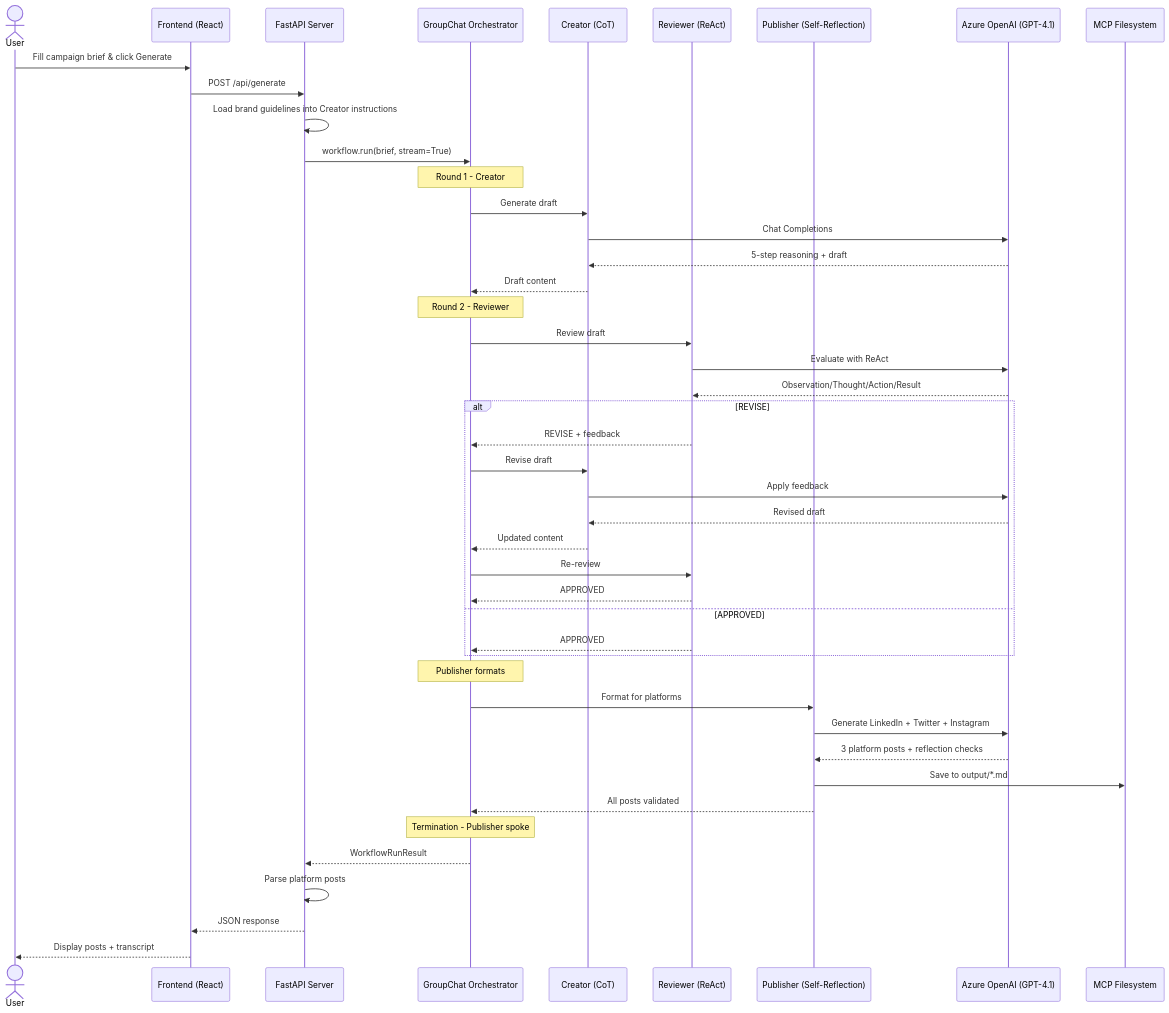
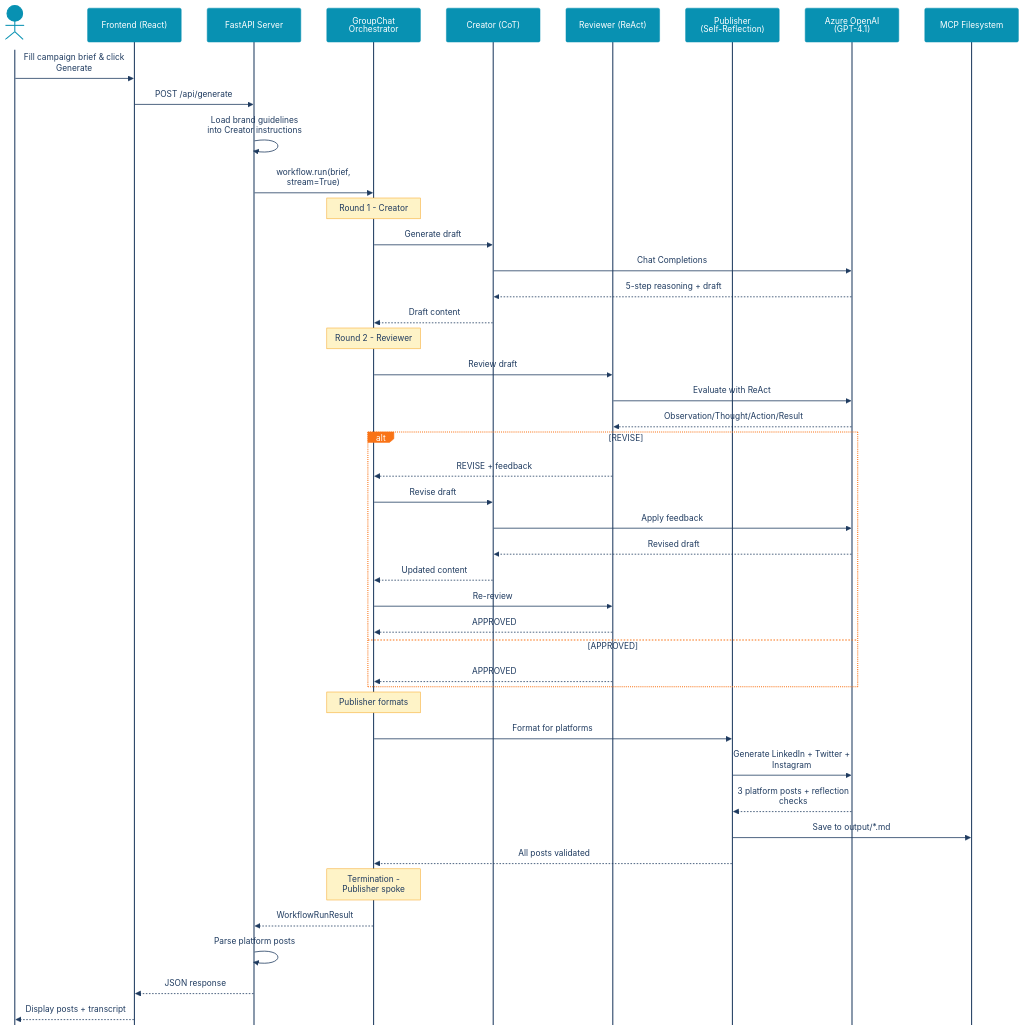
One commit to sureshpaulraj/zavatravel changed the diagram in docs/dataflow.mmd. Above: the diagram before and after it, drawn with Mermaid. The commit also changed 2 other files, not shown here.

Commit message:
docs: fix dataflow diagram arrows, swap Options A/B in README
- Fix arrow/line colors to dark navy (#1E3A5F) on white background for legibility
- Swap Options A and B so Full Stack is the primary option
- Regenerate dataflow SVG with high-contrast theme

```diff
--- a/docs/dataflow.mmd
+++ b/docs/dataflow.mmd
@@ -1,56 +1,57 @@
+%%{init: {'theme': 'base', 'themeVariables': {'actorBkg': '#0891B2', 'actorTextColor': '#FFFFFF', 'actorBorder': '#0891B2', 'actorLineColor': '#1E3A5F', 'signalColor': '#1E3A5F', 'signalTextColor': '#1E3A5F', 'labelBoxBkgColor': '#F97316', 'labelBoxBorderColor': '#F97316', 'labelTextColor': '#FFFFFF', 'loopTextColor': '#1E3A5F', 'noteBkgColor': '#FEF3C7', 'noteTextColor': '#1E3A5F', 'noteBorderColor': '#F5A623', 'activationBkgColor': '#E0F2FE', 'activationBorderColor': '#0891B2', 'sequenceNumberColor': '#FFFFFF', 'background': '#FFFFFF', 'mainBkg': '#FFFFFF', 'lineColor': '#1E3A5F'}, 'sequence': {'mirrorActors': false, 'messageAlign': 'center', 'messageFontSize': 13, 'actorFontSize': 14, 'noteFontSize': 13, 'wrap': true, 'width': 180}}}%%
 sequenceDiagram
     actor User
     participant FE as Frontend (React)
     participant API as FastAPI Server
     participant GC as GroupChat Orchestrator
     participant CR as Creator (CoT)
     participant RV as Reviewer (ReAct)
     participant PB as Publisher (Self-Reflection)
     participant AOAI as Azure OpenAI (GPT-4.1)
     participant MCP as MCP Filesystem
 
     User->>FE: Fill campaign brief & click Generate
     FE->>API: POST /api/generate
     API->>API: Load brand guidelines into Creator instructions
 
     API->>GC: workflow.run(brief, stream=True)
 
     Note over GC: Round 1 - Creator
 
     GC->>CR: Generate draft
     CR->>AOAI: Chat Completions
     AOAI-->>CR: 5-step reasoning + draft
     CR-->>GC: Draft content
 
     Note over GC: Round 2 - Reviewer
 
     GC->>RV: Review draft
     RV->>AOAI: Evaluate with ReAct
     AOAI-->>RV: Observation/Thought/Action/Result
 
     alt REVISE
         RV-->>GC: REVISE + feedback
         GC->>CR: Revise draft
         CR->>AOAI: Apply feedback
         AOAI-->>CR: Revised draft
         CR-->>GC: Updated content
         GC->>RV: Re-review
         RV-->>GC: APPROVED
     else APPROVED
         RV-->>GC: APPROVED
     end
 
     Note over GC: Publisher formats
 
     GC->>PB: Format for platforms
     PB->>AOAI: Generate LinkedIn + Twitter + Instagram
     AOAI-->>PB: 3 platform posts + reflection checks
     PB->>MCP: Save to output/*.md
     PB-->>GC: All posts validated
 
     Note over GC: Termination - Publisher spoke
 
     GC-->>API: WorkflowRunResult
     API->>API: Parse platform posts
     API-->>FE: JSON response
     FE-->>User: Display posts + transcript
```
